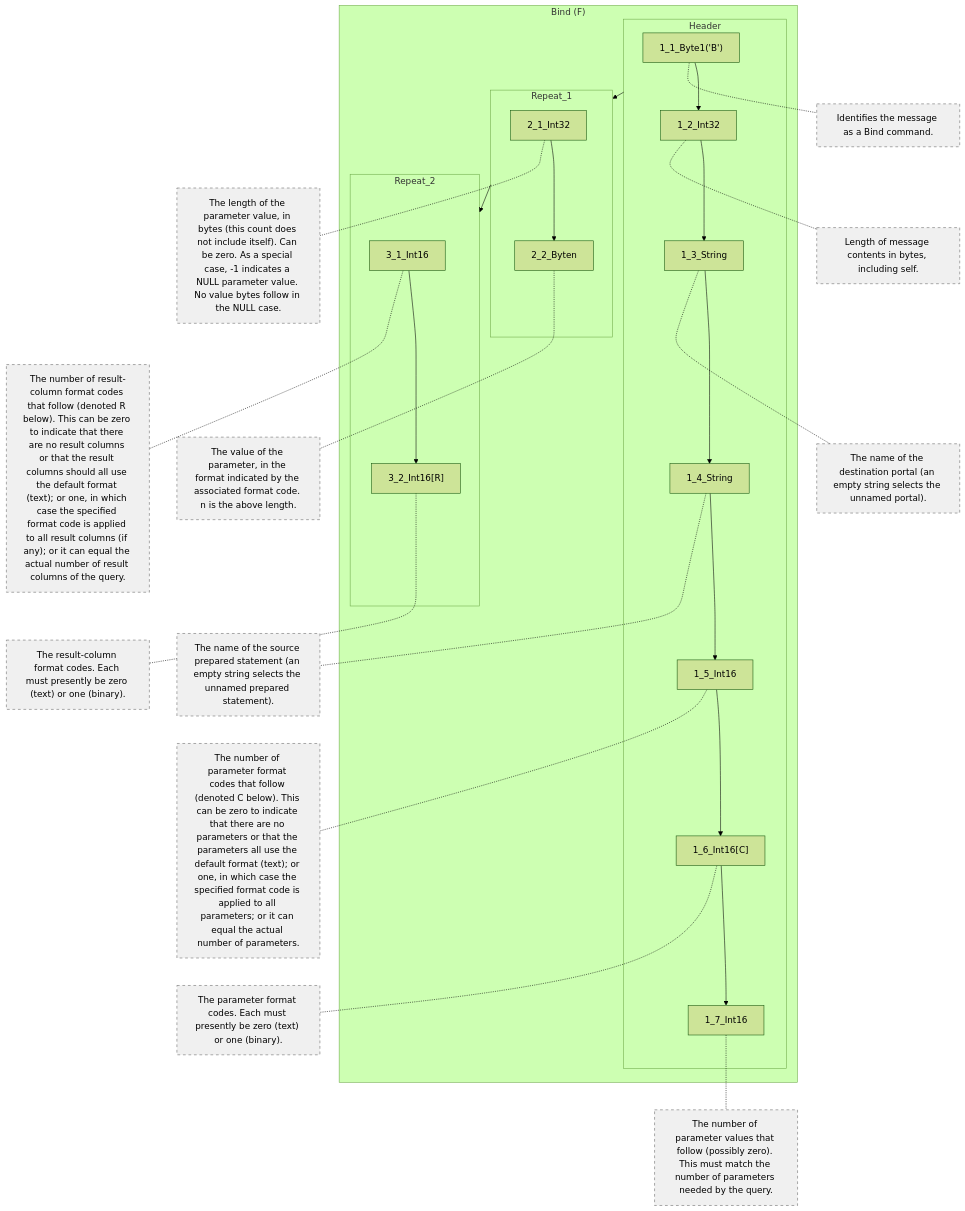
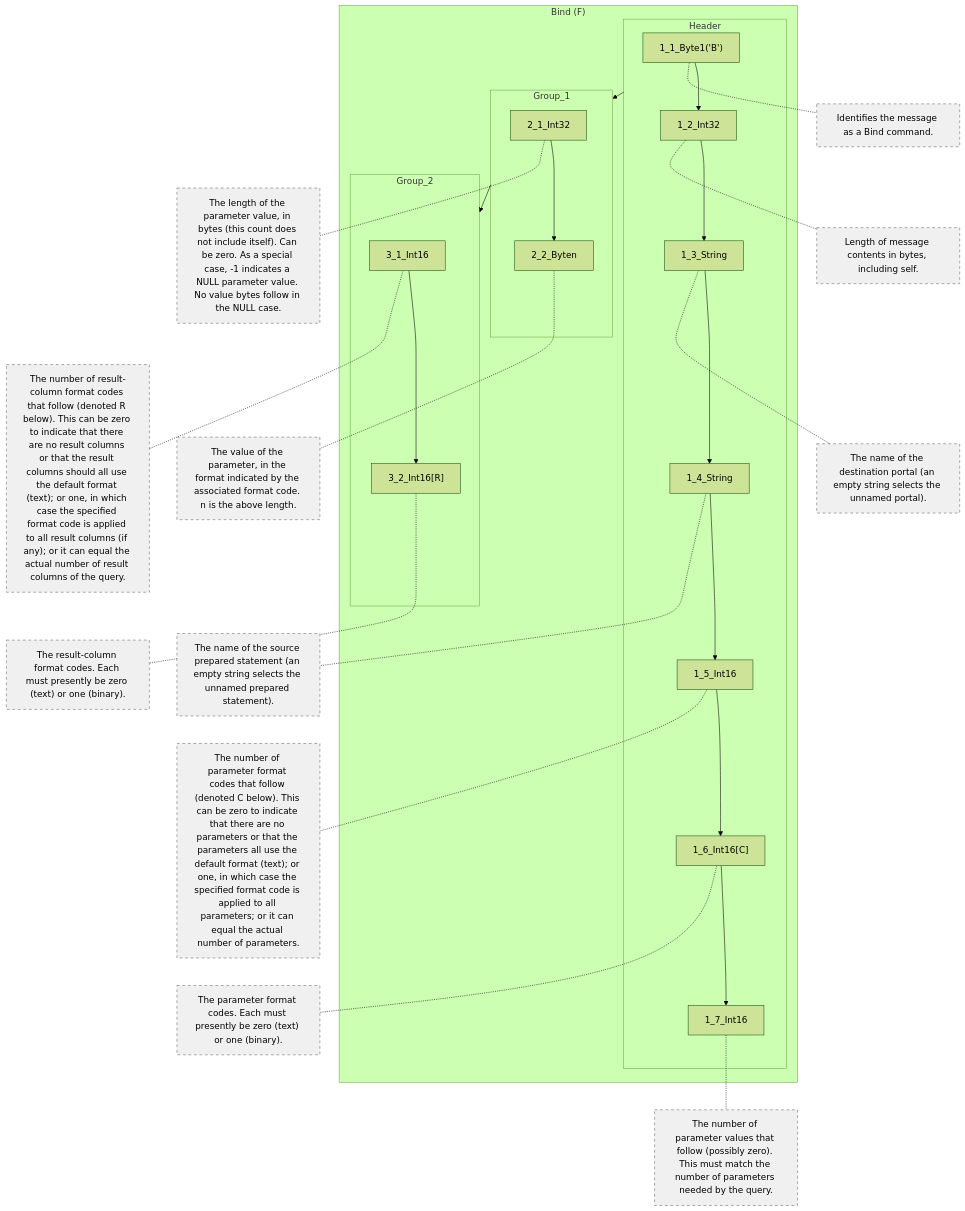
Diagram 13 of 53 in formatPG18.md (ywchae1209/DBMS_CDC), drawn with Mermaid (forest theme) before and after one commit. The commit also changed other lines of this file, not shown here.

````diff
--- a/formatPG18.md
+++ b/formatPG18.md
@@ -272,46 +275,46 @@
 ```mermaid
 graph TD
   subgraph Bind__F_ ["Bind (F)"]
     subgraph header_0 ["Header"]
       1_1_Byte1__B__["1_1_Byte1('B')"]
       1_2_Int32["1_2_Int32"]
       1_1_Byte1__B__ --> 1_2_Int32
       1_3_String["1_3_String"]
       1_2_Int32 --> 1_3_String
       1_4_String["1_4_String"]
       1_3_String --> 1_4_String
       1_5_Int16["1_5_Int16"]
       1_4_String --> 1_5_Int16
       1_6_Int16_C_["1_6_Int16[C]"]
       1_5_Int16 --> 1_6_Int16_C_
       1_7_Int16["1_7_Int16"]
       1_6_Int16_C_ --> 1_7_Int16
     end
-    subgraph repeat_1_1 ["Repeat_1"]
+    subgraph group_1_1 ["Group_1"]
       2_1_Int32["2_1_Int32"]
       2_2_Byten["2_2_Byten"]
       2_1_Int32 --> 2_2_Byten
     end
-    header_0 --> repeat_1_1
-    subgraph repeat_2_2 ["Repeat_2"]
+    header_0 --> group_1_1
+    subgraph group_2_2 ["Group_2"]
       3_1_Int16["3_1_Int16"]
       3_2_Int16_R_["3_2_Int16[R]"]
       3_1_Int16 --> 3_2_Int16_R_
     end
-    repeat_1_1 --> repeat_2_2
+    group_1_1 --> group_2_2
   end
 
     1_1_Byte1__B__ -.- desc_1_1_Byte1__B__["Identifies the message as a Bind command."]
     1_2_Int32 -.- desc_1_2_Int32["Length of message contents in bytes, including self."]
     1_3_String -.- desc_1_3_String["The name of the destination portal (an empty string selects the unnamed portal)."]
     1_4_String -.- desc_1_4_String["The name of the source prepared statement (an empty string selects the unnamed prepared statement)."]
     1_5_Int16 -.- desc_1_5_Int16["The number of parameter format codes that follow (denoted C below). This can be zero to indicate that there are no parameters or that the parameters all use the default format (text); or one, in which case the specified format code is applied to all parameters; or it can equal the actual number of parameters."]
     1_6_Int16_C_ -.- desc_1_6_Int16_C_["The parameter format codes. Each must presently be zero (text) or one (binary)."]
     1_7_Int16 -.- desc_1_7_Int16["The number of parameter values that follow (possibly zero). This must match the number of parameters needed by the query."]
     2_1_Int32 -.- desc_2_1_Int32["The length of the parameter value, in bytes (this count does not include itself). Can be zero. As a special case, -1 indicates a NULL parameter value. No value bytes follow in the NULL case."]
     2_2_Byten -.- desc_2_2_Byten["The value of the parameter, in the format indicated by the associated format code. n is the above length."]
     3_1_Int16 -.- desc_3_1_Int16["The number of result-column format codes that follow (denoted R below). This can be zero to indicate that there are no result columns or that the result columns should all use the default format (text); or one, in which case the specified format code is applied to all result columns (if any); or it can equal the actual number of result columns of the query."]
     3_2_Int16_R_ -.- desc_3_2_Int16_R_["The result-column format codes. Each must presently be zero (text) or one (binary)."]
   classDef comment fill:#f0f0f0,stroke:#666,stroke-dasharray: 5 5;
   class desc_1_1_Byte1__B__,desc_1_2_Int32,desc_1_3_String,desc_1_4_String,desc_1_5_Int16,desc_1_6_Int16_C_,desc_1_7_Int16,desc_2_1_Int32,desc_2_2_Byten,desc_3_1_Int16,desc_3_2_Int16_R_ comment;
 ```
````
